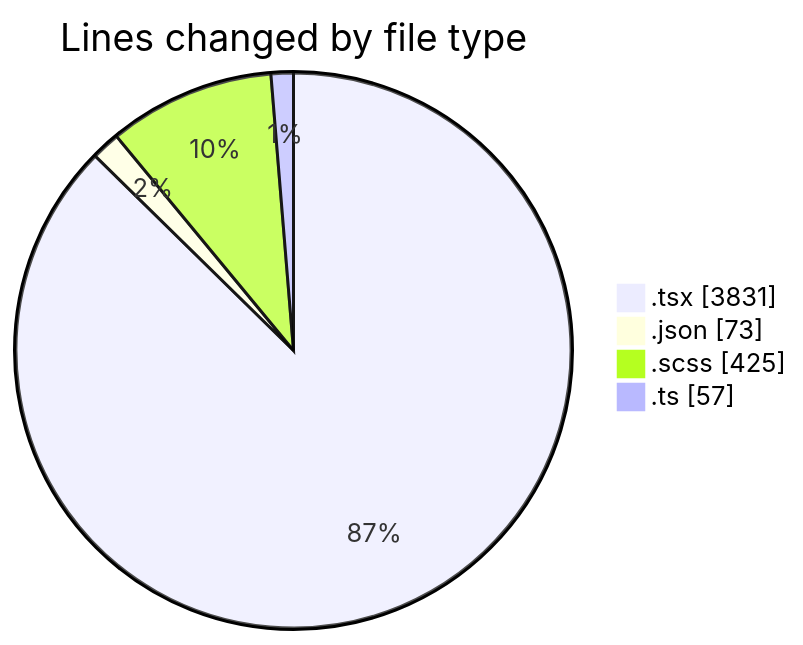
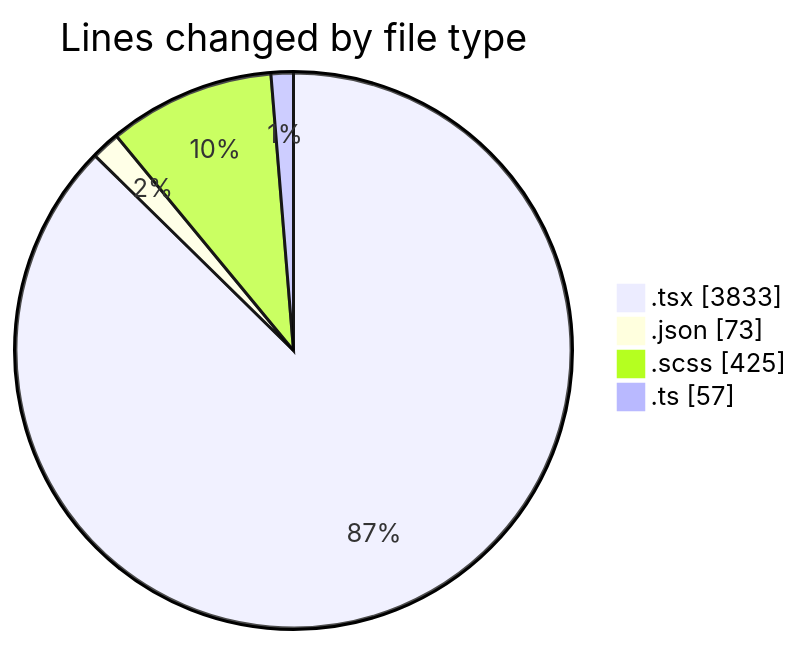
One commit to momahboobian/code-tracking changed the first of 2 diagrams in 2025-10-02/cda/README.md. Above: the diagram before and after it, drawn with Mermaid. The commit also changed other lines of this file and 1 other file, not shown here.

````diff
--- a/2025-10-02/cda/README.md
+++ b/2025-10-02/cda/README.md
@@ -29,8 +29,8 @@
 ```mermaid
 pie showData
 title Lines changed by file type
-".tsx" : 3831
+".tsx" : 3833
 ".json" : 73
 ".scss" : 425
 ".ts" : 57
 ```
````
